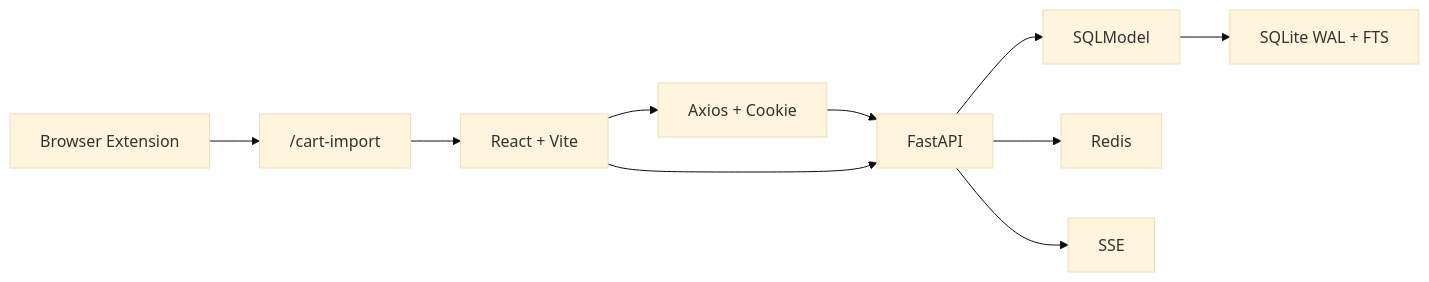
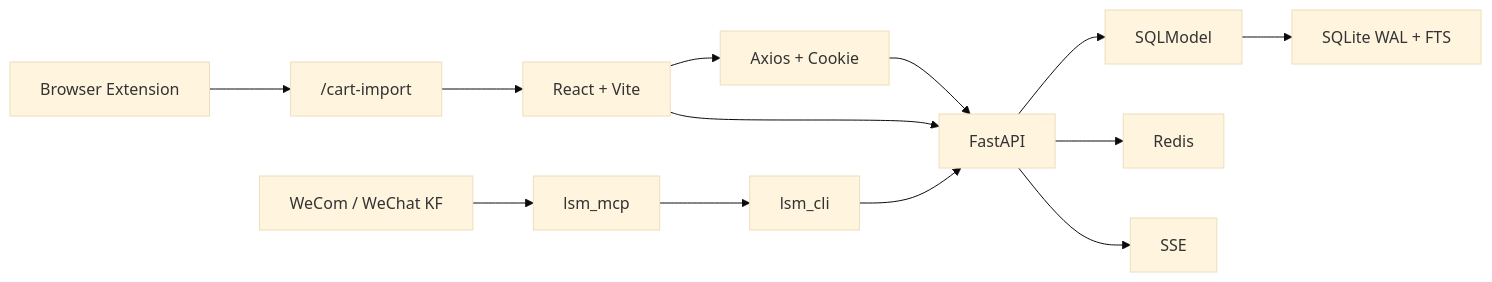
One commit to hzb666/LabStorageManager changed the diagram in wiki/overview/tech-stack.md. Above: the diagram before and after it, drawn with Mermaid (base theme). The commit also changed other lines of this file and 43 other files, not shown here.

````diff
--- a/wiki/overview/tech-stack.md
+++ b/wiki/overview/tech-stack.md
@@ -117,12 +131,15 @@
 ```mermaid
 flowchart LR
     A["React + Vite"] --> B["Axios + Cookie"]
     B --> C["FastAPI"]
     C --> D["SQLModel"]
     D --> E["SQLite WAL + FTS"]
     C --> F["Redis"]
     C --> G["SSE"]
     H["Browser Extension"] --> I["/cart-import"]
     I --> A
     A --> C
+    J["WeCom / WeChat KF"] --> K["lsm_mcp"]
+    K --> L["lsm_cli"]
+    L --> C
 ```
````
